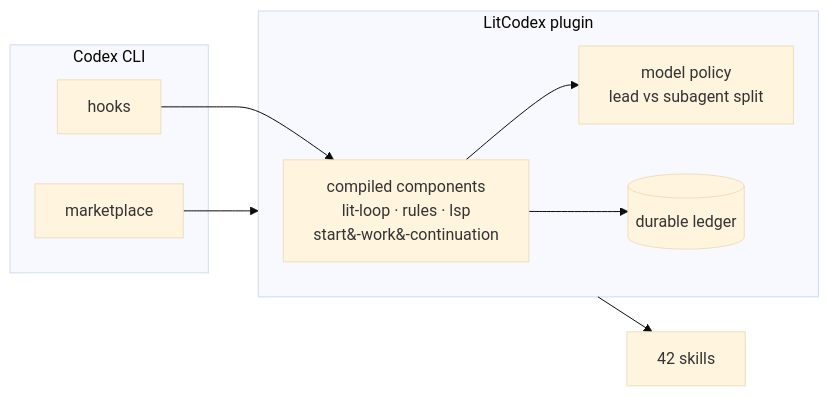
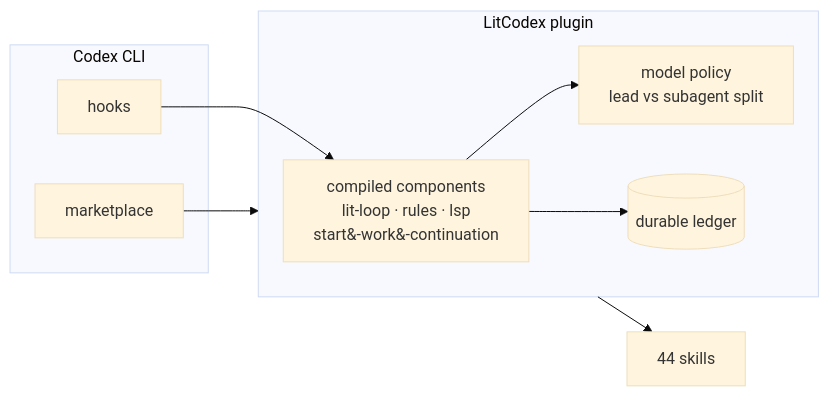
One commit to wjgoarxiv/litcodex changed the second of 3 diagrams in docs/usage-Ko-KR.md. Above: the diagram before and after it, drawn with Mermaid (base theme). The commit also changed other lines of this file and 181 other files, not shown here.

````diff
--- a/docs/usage-Ko-KR.md
+++ b/docs/usage-Ko-KR.md
@@ -42,15 +42,15 @@
 ```mermaid
 flowchart LR
     subgraph CX["Codex CLI"]
         HK["hooks"]; MP["marketplace"]
     end
     subgraph LX["LitCodex plugin"]
         COMP["compiled components<br/>lit-loop · rules · lsp<br/>start&#45;work&#45;continuation"]
         MODEL["model policy<br/>lead vs subagent split"]
         LEDGER[("durable ledger")]
     end
     HK --> COMP --> LEDGER
     MP --> LX
     COMP --> MODEL
-    LX --> S["42 skills"]
+    LX --> S["44 skills"]
 ```
````
